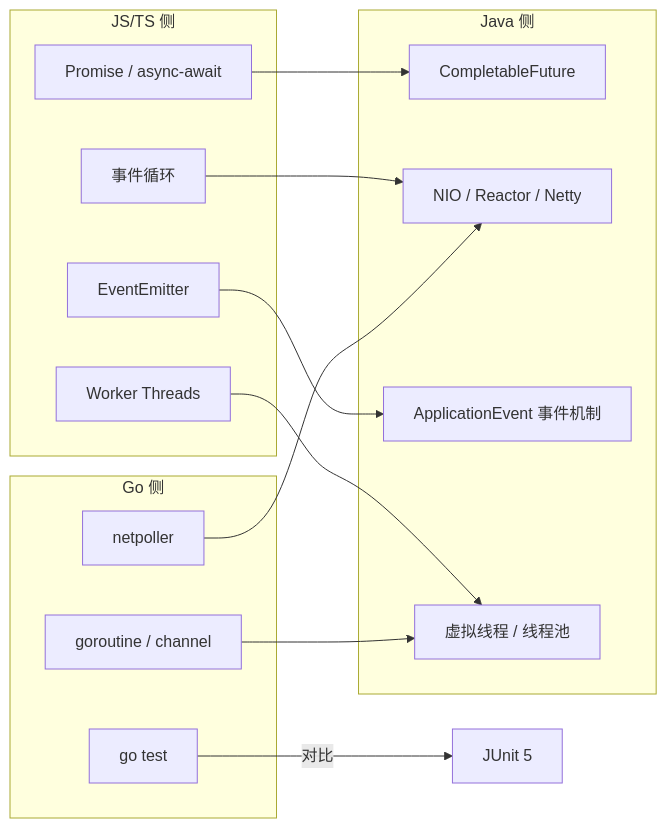
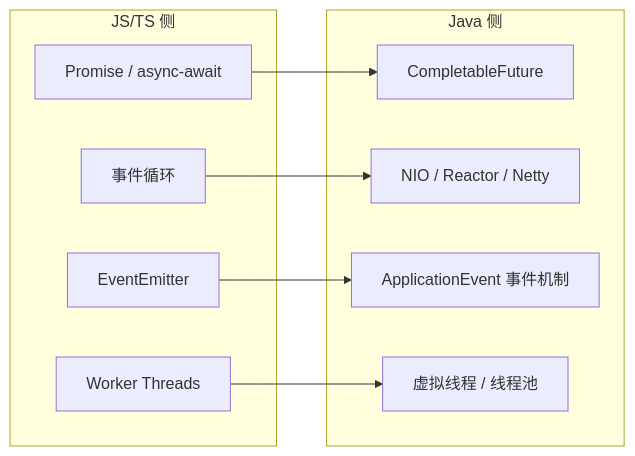
Before and after one commit to CrazyForks/java-full-stack: the diagram in docs/01-阶段一-Java语言深化与JVM体系/11-现有知识映射.md, drawn with Mermaid. The commit also changed other lines of this file and 10 other files, not shown here.

````diff
--- a/docs/01-阶段一-Java语言深化与JVM体系/11-现有知识映射.md
+++ b/docs/01-阶段一-Java语言深化与JVM体系/11-现有知识映射.md
@@ -71,30 +69,21 @@
 ```mermaid
 flowchart LR
     subgraph JS/TS 侧
         JS1[Promise / async-await]
         JS2[事件循环]
         JS3[EventEmitter]
         JS4[Worker Threads]
     end
 
     subgraph Java 侧
         J1[CompletableFuture]
         J2[NIO / Reactor / Netty]
         J3[ApplicationEvent 事件机制]
         J4[虚拟线程 / 线程池]
     end
 
-    subgraph Go 侧
-        G1[goroutine / channel]
-        G2[netpoller]
-        G3[go test]
-    end
-
     JS1 --> J1
     JS2 --> J2
     JS3 --> J3
     JS4 --> J4
-    G1 --> J4
-    G2 --> J2
-    G3 -->|对比| JUnit[JUnit 5]
 ```
````
